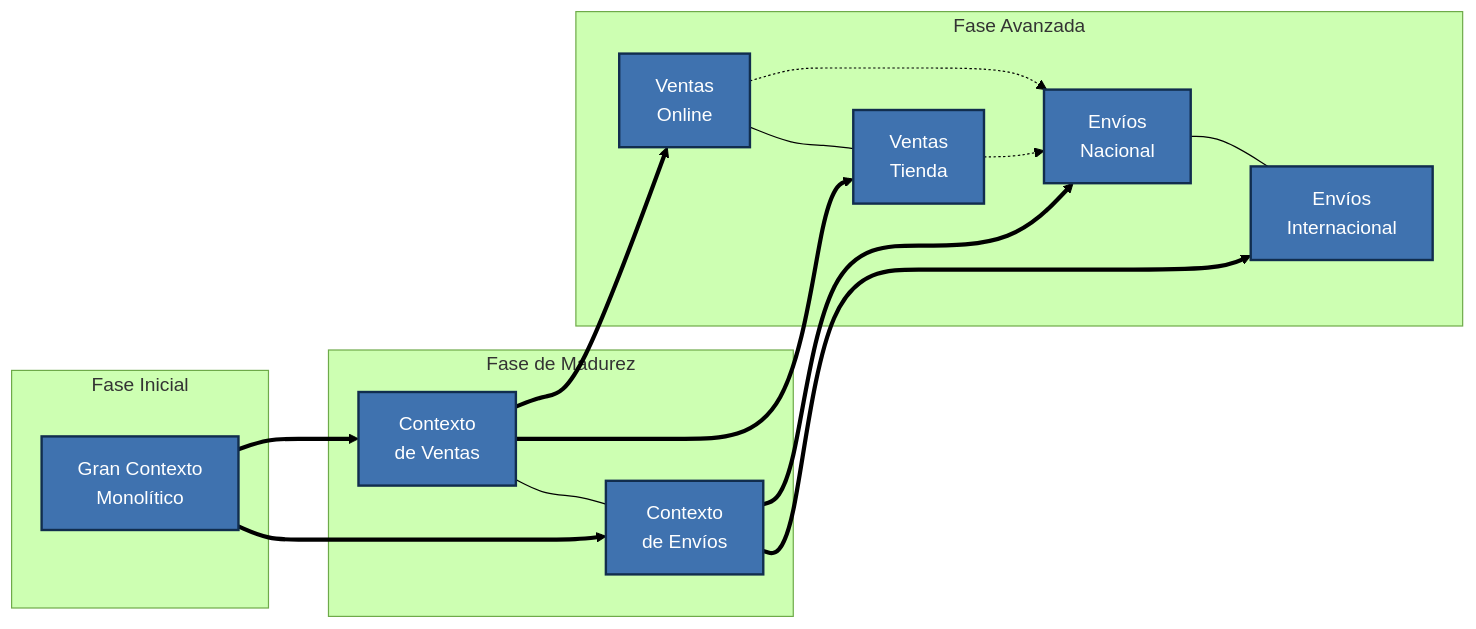
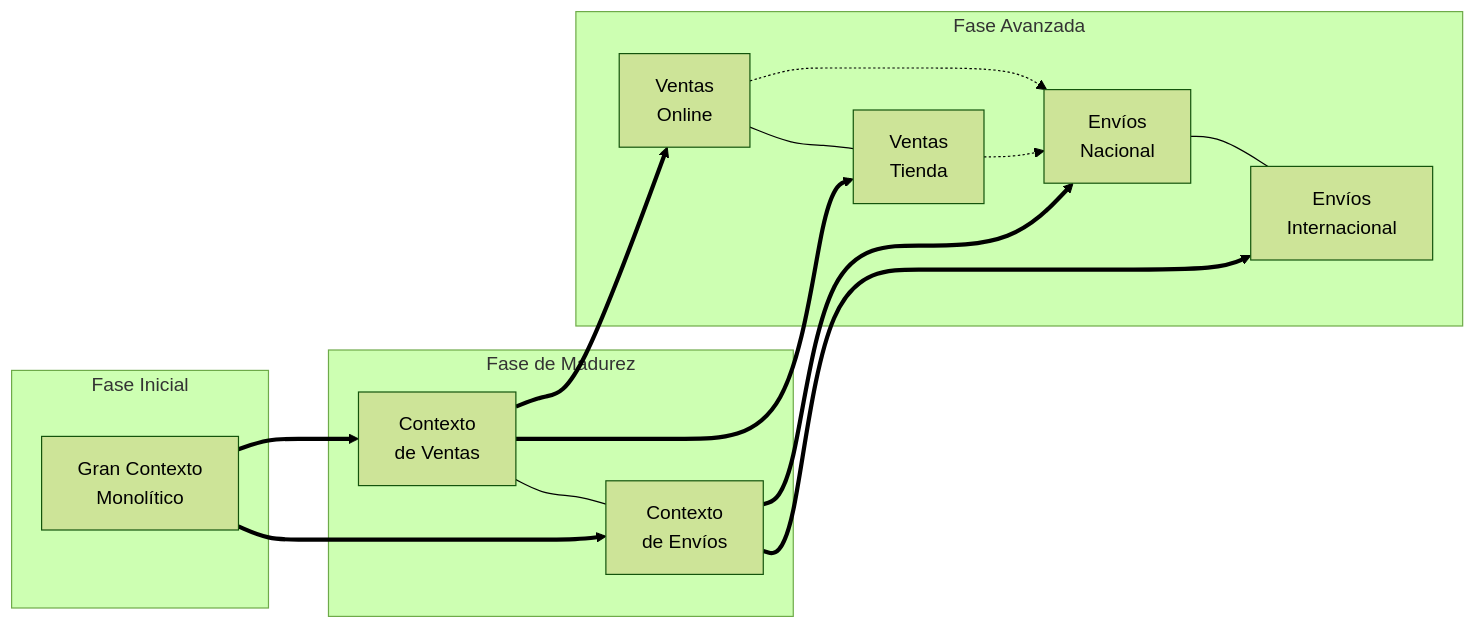
One commit to aialphanovatide/software-architecture-guide changed diagram 11 of 11 in docs/ddd/bounded-contexts.md. Above: the diagram before and after it, drawn with Mermaid (forest theme). The commit also changed other lines of this file and 8 other files, not shown here.

````diff
--- a/docs/ddd/bounded-contexts.md
+++ b/docs/ddd/bounded-contexts.md
@@ -513,39 +452,31 @@
 ```mermaid
 graph LR
     subgraph "Fase Inicial"
         A1[Gran Contexto<br>Monolítico]
-        style A1 fill:#3f72af,stroke:#112d4e,stroke-width:2px,color:#ffffff
     end
     
     subgraph "Fase de Madurez"
         B1[Contexto<br>de Ventas]
         B2[Contexto<br>de Envíos]
         B1 --- B2
-        style B1 fill:#3f72af,stroke:#112d4e,stroke-width:2px,color:#ffffff
-        style B2 fill:#3f72af,stroke:#112d4e,stroke-width:2px,color:#ffffff
     end
     
     subgraph "Fase Avanzada"
         C1[Ventas<br>Online]
         C2[Ventas<br>Tienda]
         C3[Envíos<br>Nacional]
         C4[Envíos<br>Internacional]
         
         C1 --- C2
         C3 --- C4
         C1 -.-> C3
         C2 -.-> C3
-        
-        style C1 fill:#3f72af,stroke:#112d4e,stroke-width:2px,color:#ffffff
-        style C2 fill:#3f72af,stroke:#112d4e,stroke-width:2px,color:#ffffff
-        style C3 fill:#3f72af,stroke:#112d4e,stroke-width:2px,color:#ffffff
-        style C4 fill:#3f72af,stroke:#112d4e,stroke-width:2px,color:#ffffff
     end
     
     A1 ==> B1
     A1 ==> B2
     B1 ==> C1
     B1 ==> C2
     B2 ==> C3
     B2 ==> C4
 ```
````
